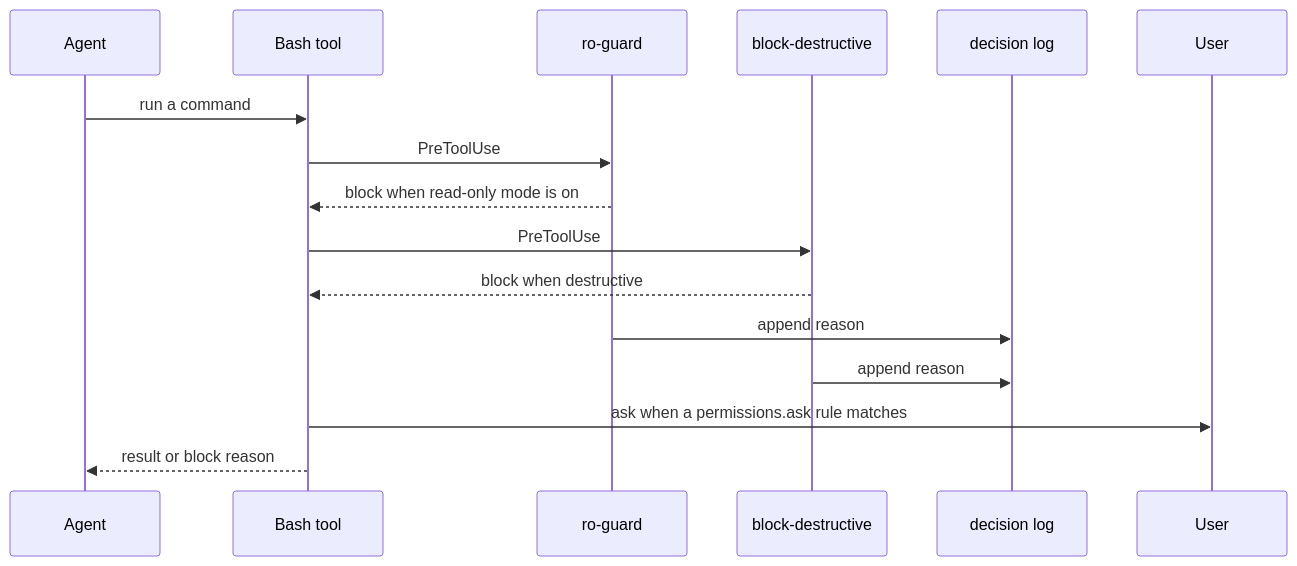
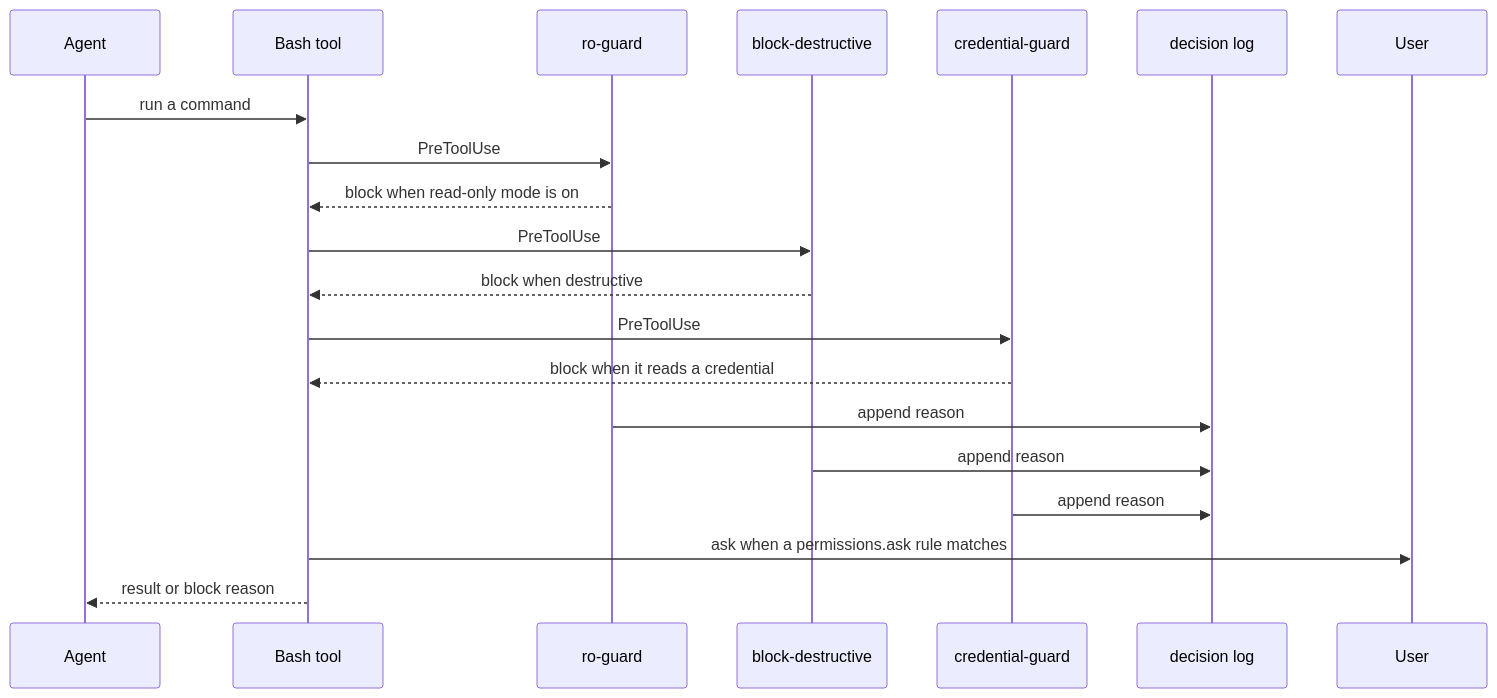
Before and after one commit to Jvictordevops/infra-agent-harness: the third of 6 diagrams in docs/architecture.md, drawn with Mermaid. The commit also changed other lines of this file and 31 other files, not shown here.

First line of the commit message:
credentials: credential-guard blocks reading, copying or sending credential files; using them passes

````diff
--- a/docs/architecture.md
+++ b/docs/architecture.md
@@ -89,18 +89,22 @@
 ```mermaid
 sequenceDiagram
   participant A as Agent
   participant B as Bash tool
   participant R as ro-guard
   participant D as block-destructive
+  participant C as credential-guard
   participant L as decision log
   participant U as User
   A->>B: run a command
   B->>R: PreToolUse
   R-->>B: block when read-only mode is on
   B->>D: PreToolUse
   D-->>B: block when destructive
+  B->>C: PreToolUse
+  C-->>B: block when it reads a credential
   R->>L: append reason
   D->>L: append reason
+  C->>L: append reason
   B->>U: ask when a permissions.ask rule matches
   B-->>A: result or block reason
 ```
````
